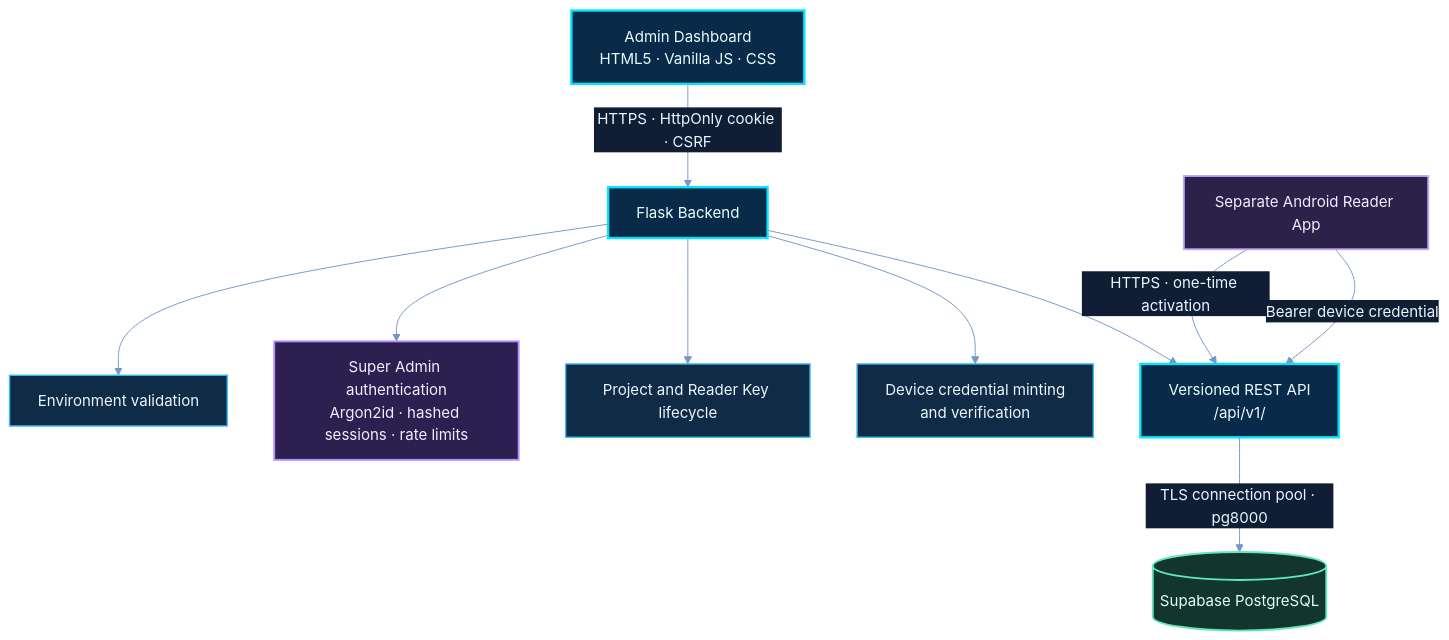
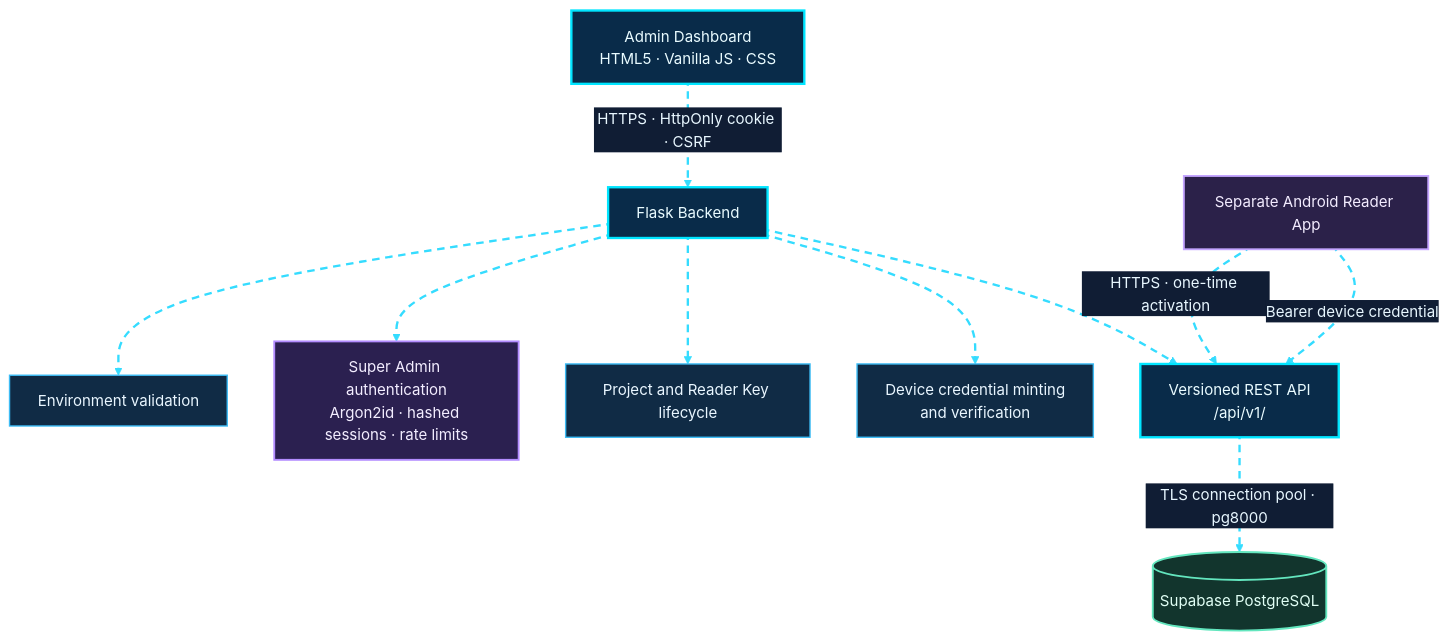
Before and after one commit to shajeduzzamanenan992008inc/NexOra-Database-key-Gen: the third of 23 diagrams in README.md, drawn with Mermaid. The commit also changed other lines of this file, not shown here.

````diff
--- a/README.md
+++ b/README.md
@@ -495,32 +498,33 @@
 ```mermaid
 %%{init: {"theme":"base","themeVariables":{"darkMode":true,"background":"#07111f","primaryColor":"#102744","primaryTextColor":"#e8f7ff","primaryBorderColor":"#00d9ff","lineColor":"#7297c8","secondaryColor":"#261d45","secondaryTextColor":"#f3eaff","secondaryBorderColor":"#a78bfa","tertiaryColor":"#12332b","tertiaryTextColor":"#e0fff1","tertiaryBorderColor":"#41e6a2","fontFamily":"Inter, Segoe UI, sans-serif","edgeLabelBackground":"#101d34","mainBkg":"#102744","nodeBorder":"#00d9ff","clusterBkg":"#0b1930","clusterBorder":"#6f7dff","actorBkg":"#102744","actorBorder":"#00d9ff","actorTextColor":"#e8f7ff","signalColor":"#64d8ff","signalTextColor":"#e8f7ff","noteBkgColor":"#0e332b","noteBorderColor":"#41e6a2","noteTextColor":"#e0fff1"}}}%%
 flowchart TD
-    A["Admin Dashboard<br/>HTML5 · Vanilla JS · CSS"] -->|"HTTPS · HttpOnly cookie · CSRF"| B["Flask Backend"]
-    B --> C["Environment validation"]
-    B --> D["Super Admin authentication<br/>Argon2id · hashed sessions · rate limits"]
-    B --> E["Project and Reader Key lifecycle"]
-    B --> F["Device credential minting<br/>and verification"]
-    B --> G["Versioned REST API<br/>/api/v1/"]
-    G -->|"TLS connection pool · pg8000"| H[("Supabase PostgreSQL")]
-    I["Separate Android Reader App"] -->|"HTTPS · one-time activation"| G
-    I -->|"Bearer device credential"| G
+    A["Admin Dashboard<br/>HTML5 · Vanilla JS · CSS"] nx03e01@-->|"HTTPS · HttpOnly cookie · CSRF"| B["Flask Backend"]
+    B nx03e02@--> C["Environment validation"]
+    B nx03e03@--> D["Super Admin authentication<br/>Argon2id · hashed sessions · rate limits"]
+    B nx03e04@--> E["Project and Reader Key lifecycle"]
+    B nx03e05@--> F["Device credential minting<br/>and verification"]
+    B nx03e06@--> G["Versioned REST API<br/>/api/v1/"]
+    G nx03e07@-->|"TLS connection pool · pg8000"| H[("Supabase PostgreSQL")]
+    I["Separate Android Reader App"] nx03e08@-->|"HTTPS · one-time activation"| G
+    I nx03e09@-->|"Bearer device credential"| G
 
     %% OMEGA NEX-ORA visual classes
     %% OMEGA NEX-ORA / ULTRA NEON PALETTE
     classDef nxCore fill:#092b49,stroke:#00e5ff,stroke-width:2.5px,color:#e9fbff;
     classDef nxProcess fill:#102b45,stroke:#3dbcf5,stroke-width:1.5px,color:#e9f6ff;
     classDef nxDecision fill:#2b2050,stroke:#b38cff,stroke-width:2px,color:#f3edff;
     classDef nxSuccess fill:#0d3b2c,stroke:#3fffa0,stroke-width:2px,color:#e0fff0;
     classDef nxDanger fill:#451d30,stroke:#ff6688,stroke-width:2px,color:#fff0f3;
     classDef nxData fill:#12352d,stroke:#63e6be,stroke-width:2px,color:#e1fff5;
     classDef nxExternal fill:#2b2149,stroke:#c4a5ff,stroke-width:2px,color:#f3ecff;
     classDef nxInfo fill:#17253e,stroke:#91a7c9,stroke-width:1.5px,color:#e5efff;
     classDef nxWarning fill:#453116,stroke:#fbbf24,stroke-width:2px,color:#fff6d6;
     %% Moving dashed route: Mermaid applies this class to explicitly identified edges.
+    classDef nxAnimated stroke:#35dcff,stroke-width:2.5px,stroke-dasharray:8\,6,stroke-dashoffset:1000,animation:dash 24s linear infinite;
     class A,B,G nxCore;
     class C,E,F nxProcess;
     class D nxDecision;
     class H nxData;
     class I nxExternal;
-    class nx03e01,nx03e02,nx03e03,nx03e04,nx03e05,nx03e06,nx03e07 nxAnimated;
+    class nx03e01,nx03e02,nx03e03,nx03e04,nx03e05,nx03e06,nx03e07,nx03e08,nx03e09 nxAnimated;
 ```
````
